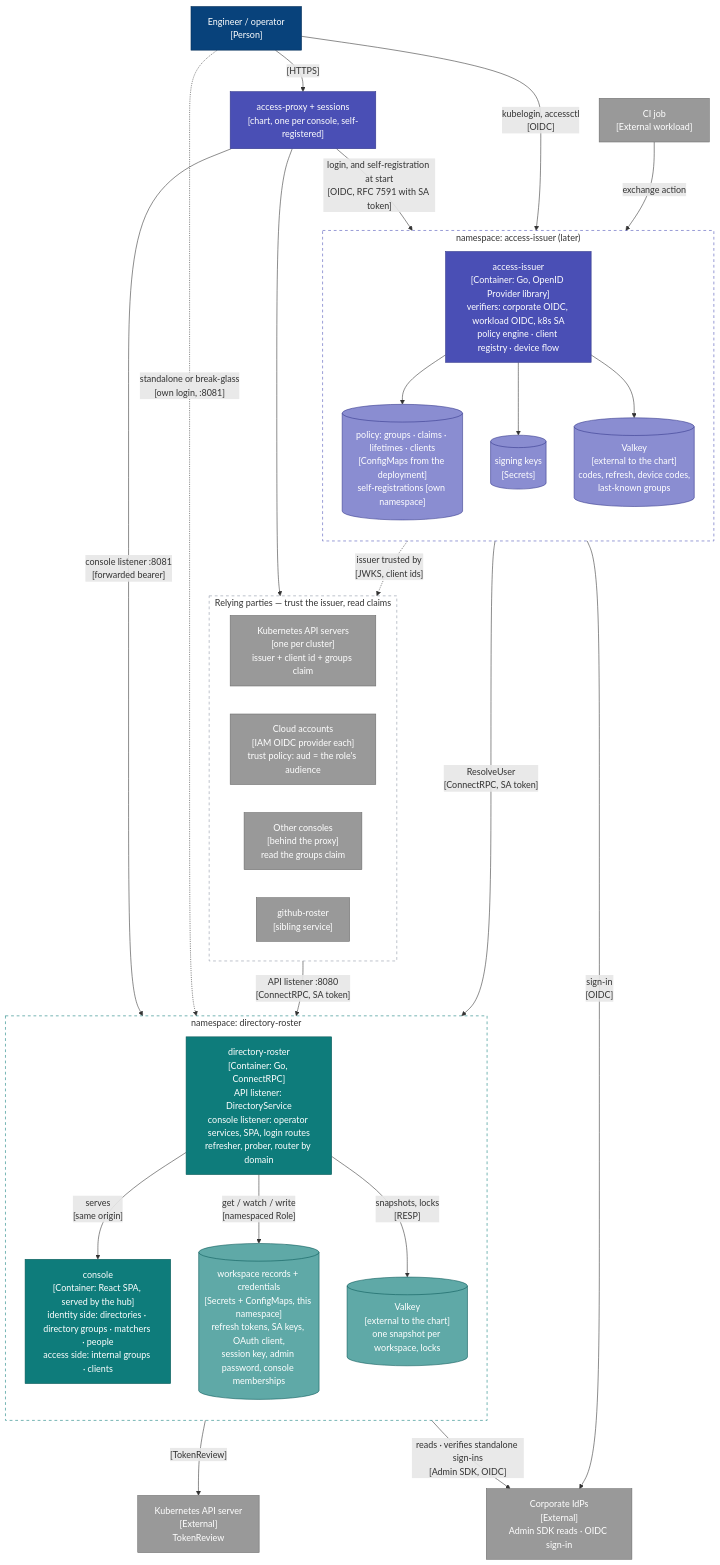
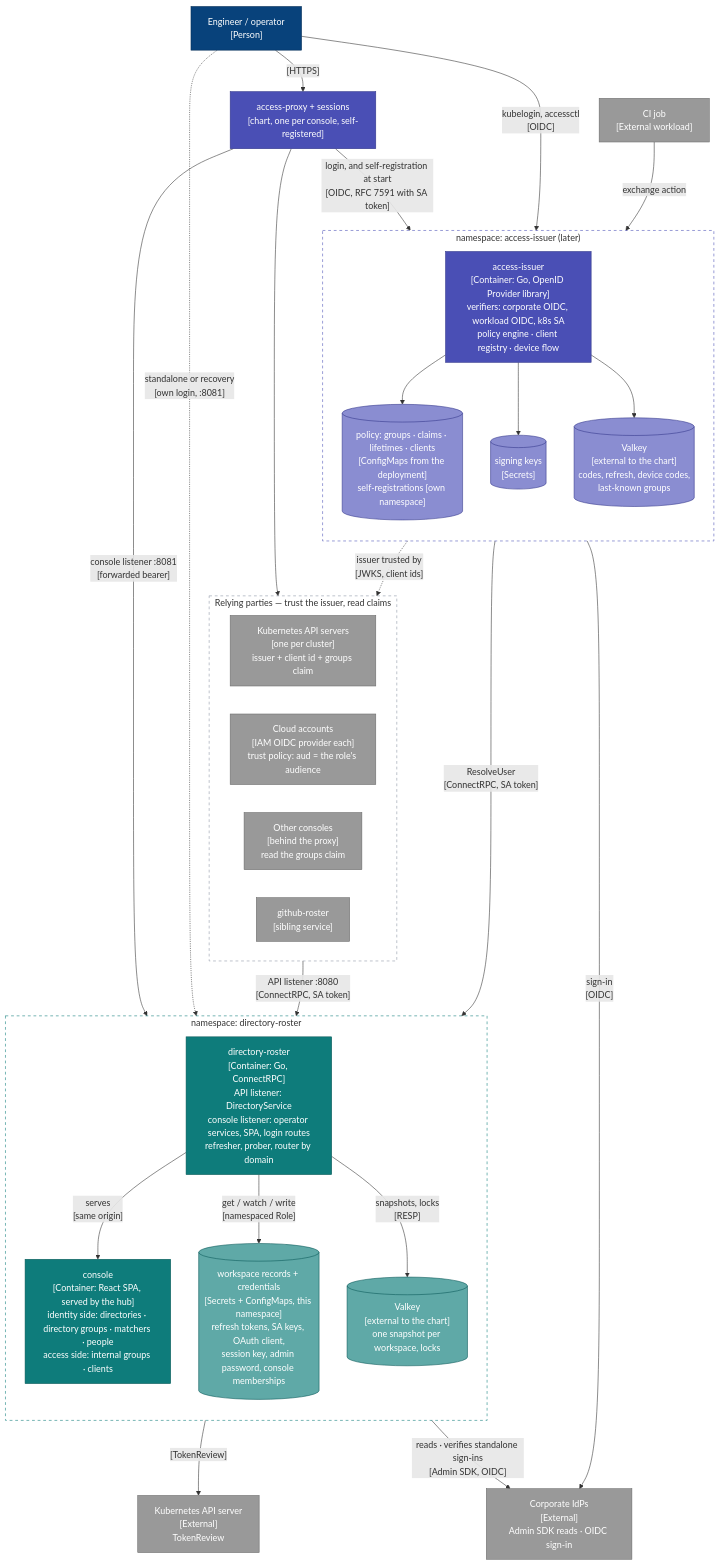
One commit to truvity/access-roster changed the second of 11 diagrams in docs/architecture.md. Above: the diagram before and after it, drawn with Mermaid. The commit also changed other lines of this file and 31 other files, not shown here.

````diff
--- a/docs/architecture.md
+++ b/docs/architecture.md
@@ -81,64 +82,64 @@
 ```mermaid
 flowchart TB
   eng["Engineer / operator<br/>[Person]"]:::person
   ci["CI job<br/>[External workload]"]:::ext
   proxy["access-proxy + sessions<br/>[chart, one per console, self-registered]"]:::token
   idp["Corporate IdPs<br/>[External]<br/>Admin SDK reads · OIDC sign-in"]:::ext
   kapi["Kubernetes API server<br/>[External]<br/>TokenReview"]:::ext
 
   subgraph nsTs["namespace: access-issuer (later)"]
     direction TB
     ts["access-issuer<br/>[Container: Go, OpenID Provider library]<br/>verifiers: corporate OIDC, workload OIDC, k8s SA<br/>policy engine · client registry · device flow"]:::token
     policyStore[("policy: groups · claims · lifetimes · clients<br/>[ConfigMaps from the deployment]<br/>self-registrations [own namespace]")]:::tokenStore
     keys[("signing keys<br/>[Secrets]")]:::tokenStore
     tsv[("Valkey<br/>[external to the chart]<br/>codes, refresh, device codes,<br/>last-known groups")]:::tokenStore
   end
 
   subgraph nsHub["namespace: directory-roster"]
     direction TB
     hub["directory-roster<br/>[Container: Go, ConnectRPC]<br/>API listener: DirectoryService<br/>console listener: operator services, SPA, login routes<br/>refresher, prober, router by domain"]:::hub
     spa["console<br/>[Container: React SPA, served by the hub]<br/>identity side: directories · directory groups · matchers · people<br/>access side: internal groups · clients"]:::hub
     k8s[("workspace records + credentials<br/>[Secrets + ConfigMaps, this namespace]<br/>refresh tokens, SA keys, OAuth client,<br/>session key, admin password, console memberships")]:::hubStore
     hv[("Valkey<br/>[external to the chart]<br/>one snapshot per workspace, locks")]:::hubStore
   end
 
   subgraph rp["Relying parties — trust the issuer, read claims"]
     direction LR
     k8sapi["Kubernetes API servers<br/>[one per cluster]<br/>issuer + client id + groups claim"]:::ext
     cloud["Cloud accounts<br/>[IAM OIDC provider each]<br/>trust policy: aud = the role's audience"]:::ext
     consoles["Other consoles<br/>[behind the proxy]<br/>read the groups claim"]:::ext
     roster["github-roster<br/>[sibling service]"]:::ext
   end
 
   eng -- "[HTTPS]" --> proxy
   proxy -- "login, and self-registration at start<br/>[OIDC, RFC 7591 with SA token]" --> ts
   proxy -- "console listener :8081<br/>[forwarded bearer]" --> hub
   proxy --> consoles
-  eng -. "standalone or break-glass<br/>[own login, :8081]" .-> hub
+  eng -. "standalone or recovery<br/>[own login, :8081]" .-> hub
   eng -- "kubelogin, accessctl<br/>[OIDC]" --> ts
   ci -- "exchange action" --> ts
   ts -- "sign-in<br/>[OIDC]" --> idp
   ts -- "ResolveUser<br/>[ConnectRPC, SA token]" --> hub
   ts --> policyStore
   ts --> keys
   ts --> tsv
   ts -. "issuer trusted by<br/>[JWKS, client ids]" .-> rp
   hub -- "serves<br/>[same origin]" --> spa
   hub -- "[TokenReview]" --> kapi
   hub -- "get / watch / write<br/>[namespaced Role]" --> k8s
   hub -- "snapshots, locks<br/>[RESP]" --> hv
   hub -- "reads · verifies standalone sign-ins<br/>[Admin SDK, OIDC]" --> idp
   roster -- "API listener :8080<br/>[ConnectRPC, SA token]" --> hub
 
   classDef person fill:#08427b,stroke:#052e56,color:#fff
   classDef system fill:#1168bd,stroke:#0b4884,color:#fff
   classDef ext fill:#999999,stroke:#6b6b6b,color:#fff
   classDef hub fill:#0E7C7B,stroke:#0A5958,color:#fff
   classDef hubStore fill:#5FA9A7,stroke:#0A5958,color:#fff
   classDef token fill:#4A4FB5,stroke:#33378A,color:#fff
   classDef tokenStore fill:#8A8DD1,stroke:#33378A,color:#fff
   classDef component fill:#85bbf0,stroke:#5d82a8,color:#000
   style nsTs fill:none,stroke:#4A4FB5,stroke-dasharray:5 5
   style nsHub fill:none,stroke:#0E7C7B,stroke-dasharray:5 5
   style rp fill:none,stroke:#8A93A3,stroke-dasharray:5 5
 ```
````
